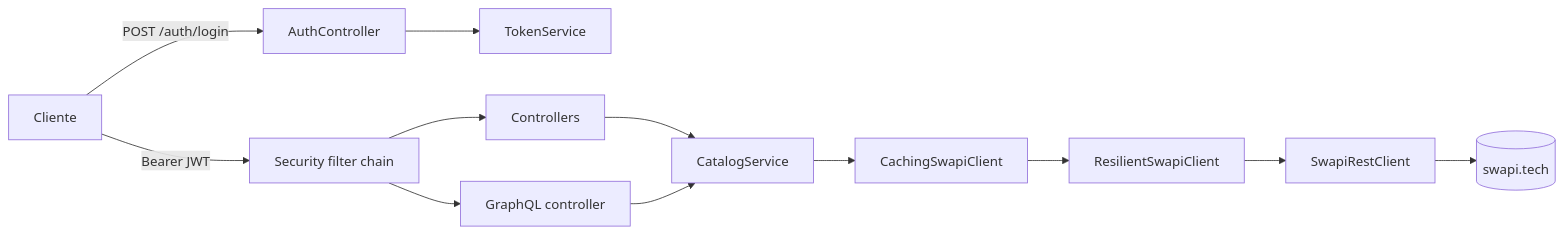
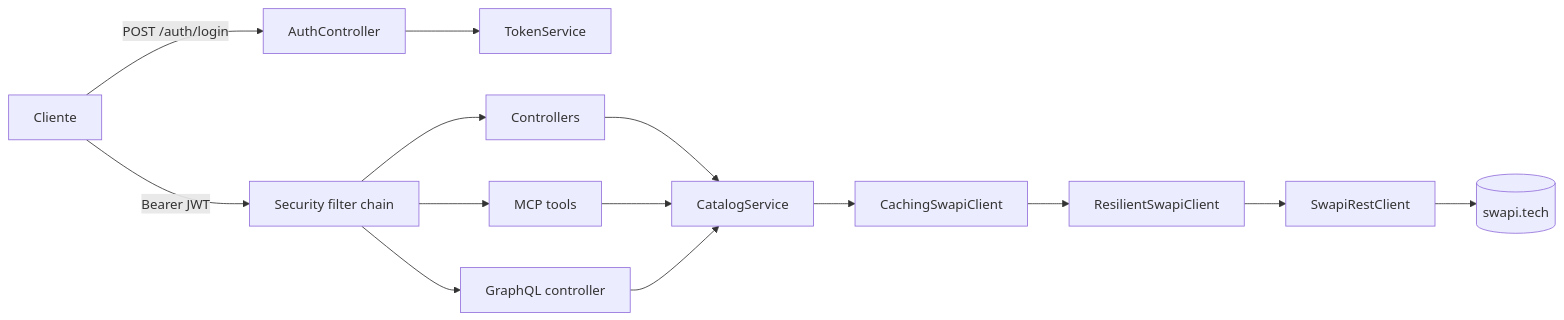
Before and after one commit to MaximilianoTRZ/star-wars-api: the diagram in README.md, drawn with Mermaid. The commit also changed other lines of this file and 18 other files, not shown here.

````diff
--- a/README.md
+++ b/README.md
@@ -537,7 +596,8 @@
 ```mermaid
 flowchart LR
     C[Cliente] -->|Bearer JWT| S[Security filter chain]
     C -->|POST /auth/login| A[AuthController] --> T[TokenService]
     S --> K[Controllers] --> CS[CatalogService]
+    S --> M[MCP tools] --> CS
     S --> G[GraphQL controller] --> CS --> CC[CachingSwapiClient] --> R[ResilientSwapiClient] --> RC[SwapiRestClient] --> X[(swapi.tech)]
 ```
````
